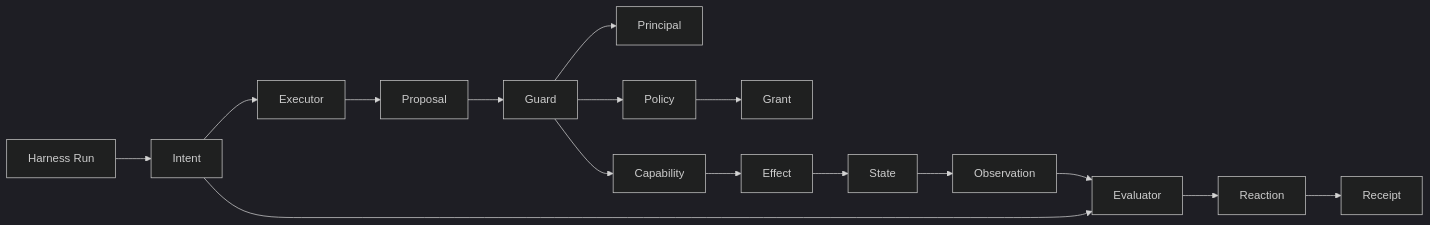
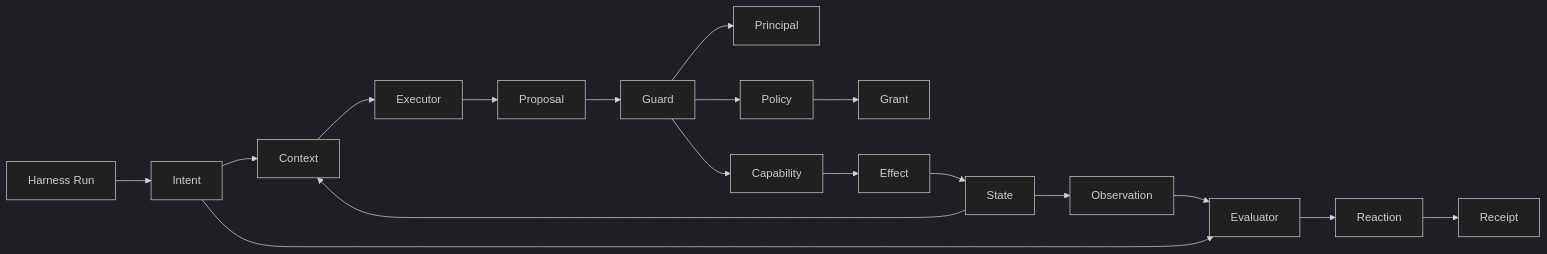
One commit to bioshazard/harness-engineering changed the diagram in poc/hello-world/docs/ontology.md. Above: the diagram before and after it, drawn with Mermaid (dark theme). The commit also changed other lines of this file and 12 other files, not shown here.

````diff
--- a/poc/hello-world/docs/ontology.md
+++ b/poc/hello-world/docs/ontology.md
@@ -60,18 +65,20 @@
 ```mermaid
 flowchart LR
   H["Harness Run"] --> I["Intent"]
-  I --> X["Executor"]
+  I --> K["Context"]
+  S --> K
+  K --> X["Executor"]
   X --> P["Proposal"]
   P --> G["Guard"]
   G --> N["Principal"]
   G --> Y["Policy"]
   Y --> A["Grant"]
   G --> C["Capability"]
   C --> F["Effect"]
   F --> S["State"]
   S --> O["Observation"]
   O --> E["Evaluator"]
   I --> E
   E --> R["Reaction"]
   R --> Q["Receipt"]
 ```
````
